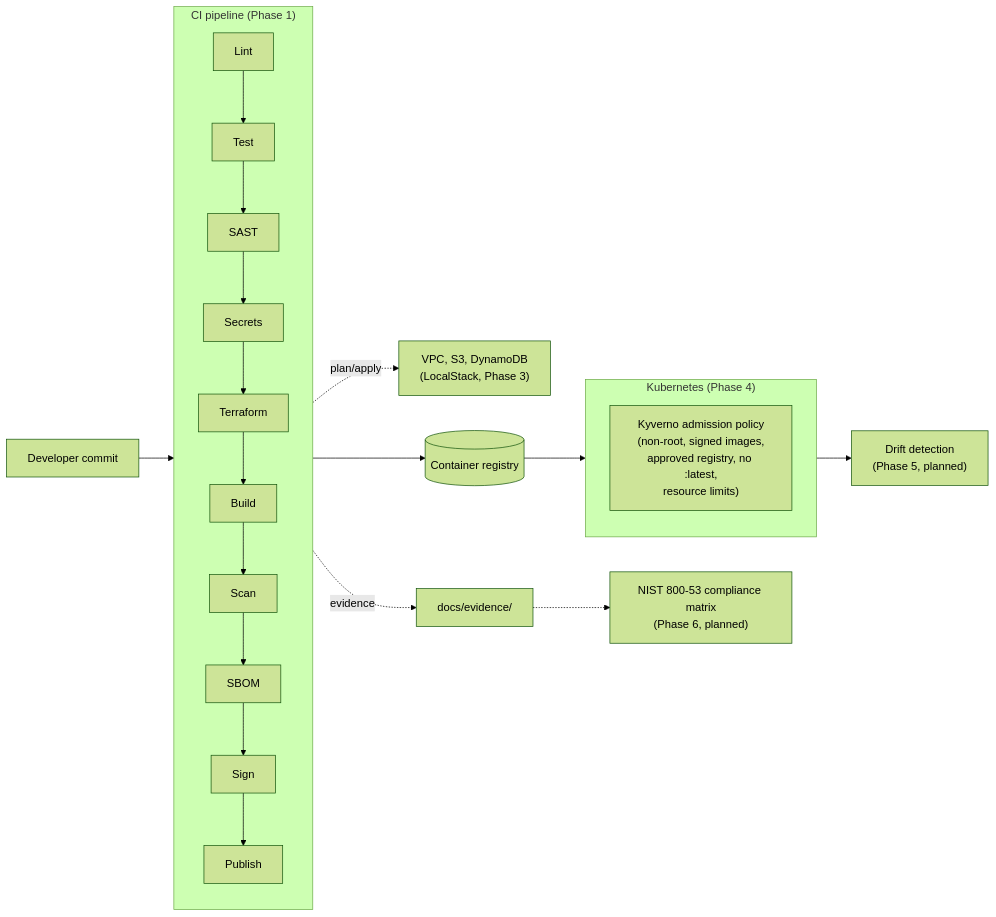
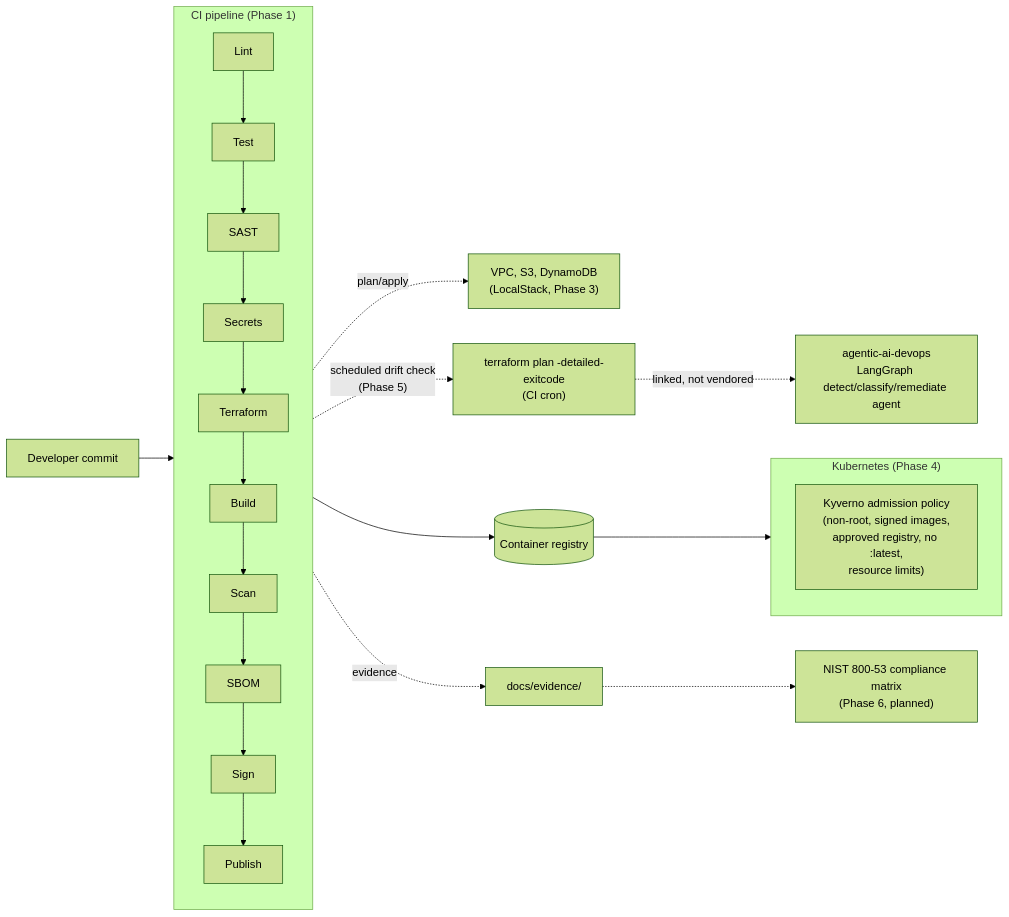
The diagram in README.md (tmarktg/ato-in-a-pipeline), drawn with Mermaid (forest theme) before and after one commit. The commit also changed other lines of this file and 5 other files, not shown here.

First line of the commit message:
Phase 5: continuous monitoring via scheduled drift detection

````diff
--- a/README.md
+++ b/README.md
@@ -24,21 +24,22 @@
 ```mermaid
 flowchart LR
     Dev[Developer commit] --> CI
 
     subgraph CI["CI pipeline (Phase 1)"]
         direction TB
         Lint --> Test --> SAST --> Secrets --> Terraform --> Build --> Scan --> SBOM --> Sign --> Publish
     end
 
     Terraform -.->|"plan/apply"| Infra["VPC, S3, DynamoDB\n(LocalStack, Phase 3)"]
     CI --> Registry[(Container registry)]
     Registry --> K8s
 
     subgraph K8s["Kubernetes (Phase 4)"]
         Kyverno["Kyverno admission policy\n(non-root, signed images,\napproved registry, no :latest,\nresource limits)"]
     end
 
-    K8s --> Monitor["Drift detection\n(Phase 5, planned)"]
+    Terraform -.->|"scheduled drift check\n(Phase 5)"| Monitor["terraform plan -detailed-exitcode\n(CI cron)"]
+    Monitor -.->|"linked, not vendored"| Agent["agentic-ai-devops\nLangGraph detect/classify/remediate agent"]
     CI -.->|"evidence"| Docs[docs/evidence/]
     Docs -.-> Matrix["NIST 800-53 compliance matrix\n(Phase 6, planned)"]
 ```
````
